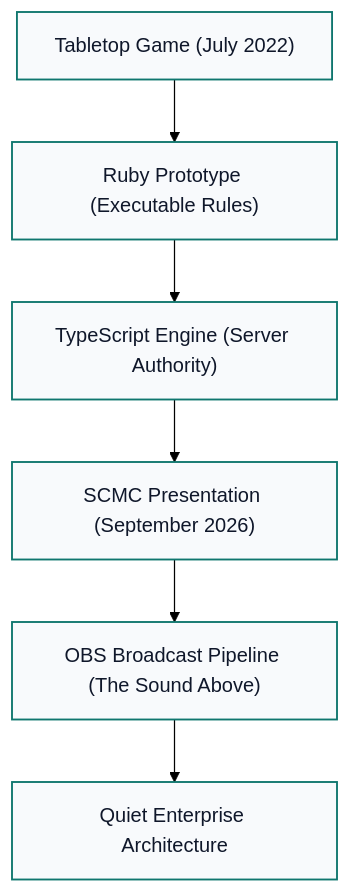
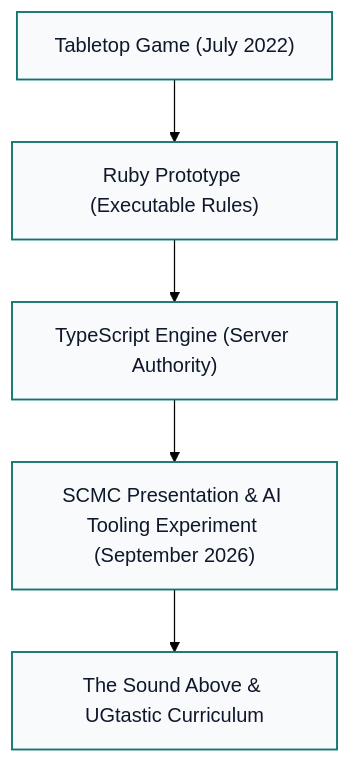
Before and after one commit to just3ws/just3ws.github.io: the second of 3 diagrams in _posts/2026-10-20-phalanx-duel-make-the-rules-legible-scmc-presentation-and-game-architecture.md, drawn with Mermaid (forest theme). The commit also changed other lines of this file and 33 other files, not shown here.

Commit message:
Restore historical ground truth across audio gear, Discord outreach, and SCMC presentation

````diff
--- a/_posts/2026-10-20-phalanx-duel-make-the-rules-legible-scmc-presentation-and-game-architecture.md
+++ b/_posts/2026-10-20-phalanx-duel-make-the-rules-legible-scmc-presentation-and-game-architecture.md
@@ -112,10 +110,9 @@
 ```mermaid
 flowchart TD
     A["Tabletop Game (July 2022)"] --> B["Ruby Prototype (Executable Rules)"]
     B --> C["TypeScript Engine (Server Authority)"]
-    C --> D["SCMC Presentation (September 2026)"]
-    D --> E["OBS Broadcast Pipeline (The Sound Above)"]
-    E --> F["Quiet Enterprise Architecture"]
+    C --> D["SCMC Presentation & AI Tooling Experiment (September 2026)"]
+    D --> E["The Sound Above & UGtastic Curriculum"]
     classDef step fill:#f8fafc,stroke:#0f766e,color:#0f172a,stroke-width:1.5px;
-    class A,B,C,D,E,F step;
+    class A,B,C,D,E step;
 ```
````
